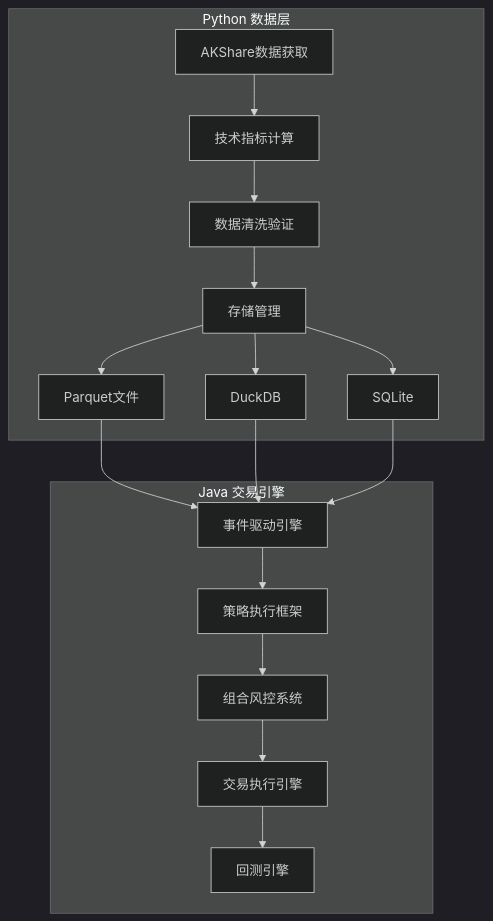
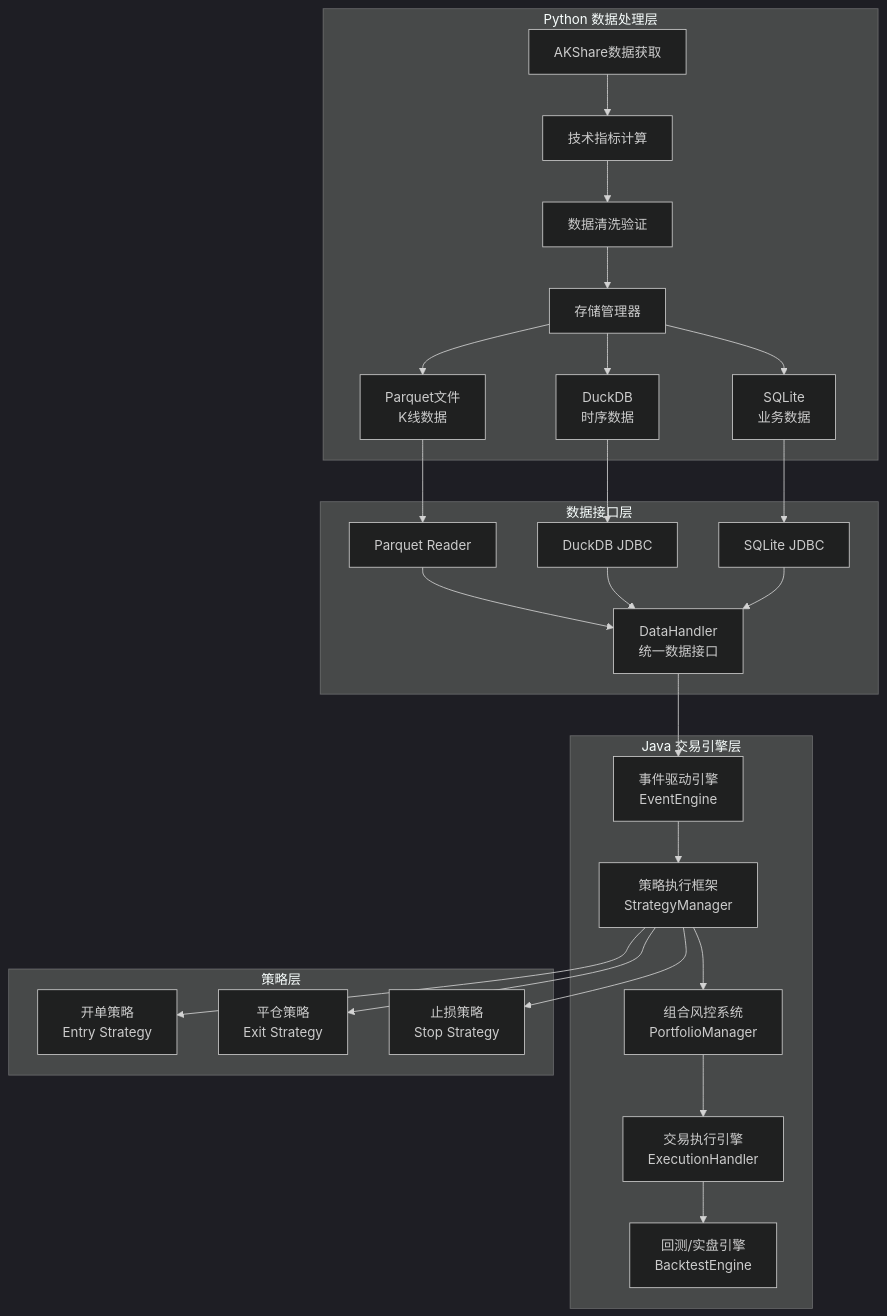
Before and after one commit to Will-Grindelwald/quant-trading: the diagram in docs/开发者指南.md, drawn with Mermaid (dark theme). The commit also changed other lines of this file and 47 other files, not shown here.

````diff
--- a/docs/开发者指南.md
+++ b/docs/开发者指南.md
@@ -9,22 +18,43 @@
 ```mermaid
 graph TB
-    subgraph "Python 数据层"
+    subgraph "Python 数据处理层"
         A[AKShare数据获取] --> B[技术指标计算]
         B --> C[数据清洗验证]
-        C --> D[存储管理]
-        D --> E[Parquet文件]
-        D --> F[DuckDB]
-        D --> G[SQLite]
+        C --> D[存储管理器]
+        D --> E[Parquet文件<br/>K线数据]
+        D --> F[DuckDB<br/>时序数据]
+        D --> G[SQLite<br/>业务数据]
     end
     
-    subgraph "Java 交易引擎"
-        H[事件驱动引擎] --> I[策略执行框架]
-        I --> J[组合风控系统]
-        J --> K[交易执行引擎]
-        K --> L[回测引擎]
+    subgraph "Java 交易引擎层"
+        H[事件驱动引擎<br/>EventEngine] --> I[策略执行框架<br/>StrategyManager]
+        I --> J[组合风控系统<br/>PortfolioManager]
+        J --> K[交易执行引擎<br/>ExecutionHandler]
+        K --> L[回测/实盘引擎<br/>BacktestEngine]
     end
     
-    E --> H
-    F --> H
-    G --> H
+    subgraph "数据接口层"
+        M[DataHandler<br/>统一数据接口]
+        N[Parquet Reader]
+        O[DuckDB JDBC]
+        P[SQLite JDBC]
+    end
+    
+    E --> N
+    F --> O  
+    G --> P
+    N --> M
+    O --> M
+    P --> M
+    M --> H
+    
+    subgraph "策略层"
+        Q[开单策略<br/>Entry Strategy]
+        R[平仓策略<br/>Exit Strategy] 
+        S[止损策略<br/>Stop Strategy]
+    end
+    
+    I --> Q
+    I --> R
+    I --> S
 ```
````
